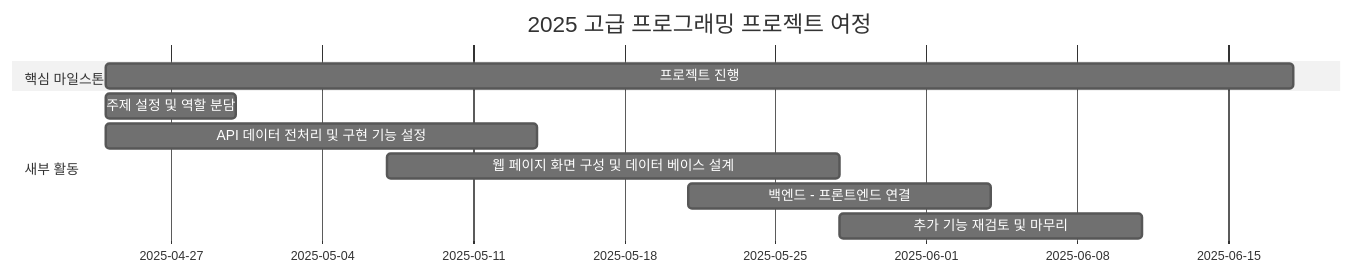
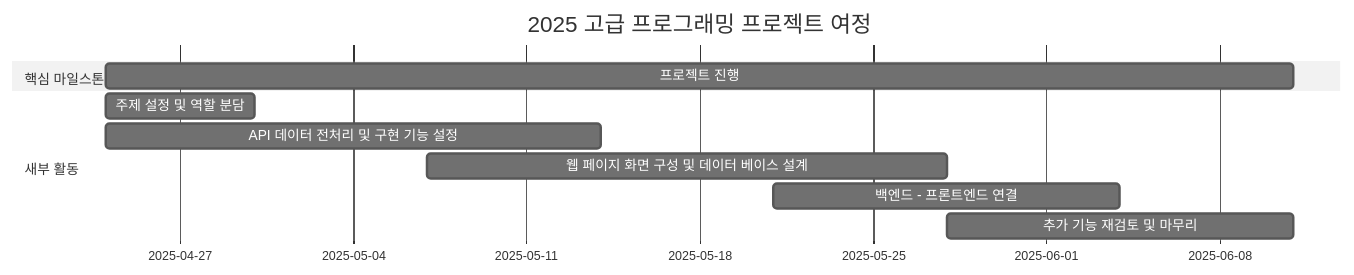
The diagram in README.md (khyeonm/2025_Advanced_Programming), drawn with Mermaid (neutral theme) before and after one commit.

````diff
--- a/README.md
+++ b/README.md
@@ -77,15 +77,15 @@
 ```mermaid
 gantt
     title 2025 고급 프로그래밍 프로젝트 여정
 
     section 핵심 마일스톤
-    프로젝트 진행 :a1, 2025-04-24, 55d
+    프로젝트 진행 :a1, 2025-04-24, 48d
     
     section 새부 활동
     주제 설정 및 역할 분담 :2025-04-24, 6d
     API 데이터 전처리 및 구현 기능 설정 :2025-04-24, 20d
     웹 페이지 화면 구성 및 데이터 베이스 설계 :2025-05-07, 21d
     백엔드 - 프론트엔드 연결 :2025-05-21, 14d
     추가 기능 재검토 및 마무리 :2025-05-28, 14d
 
 ```
````
